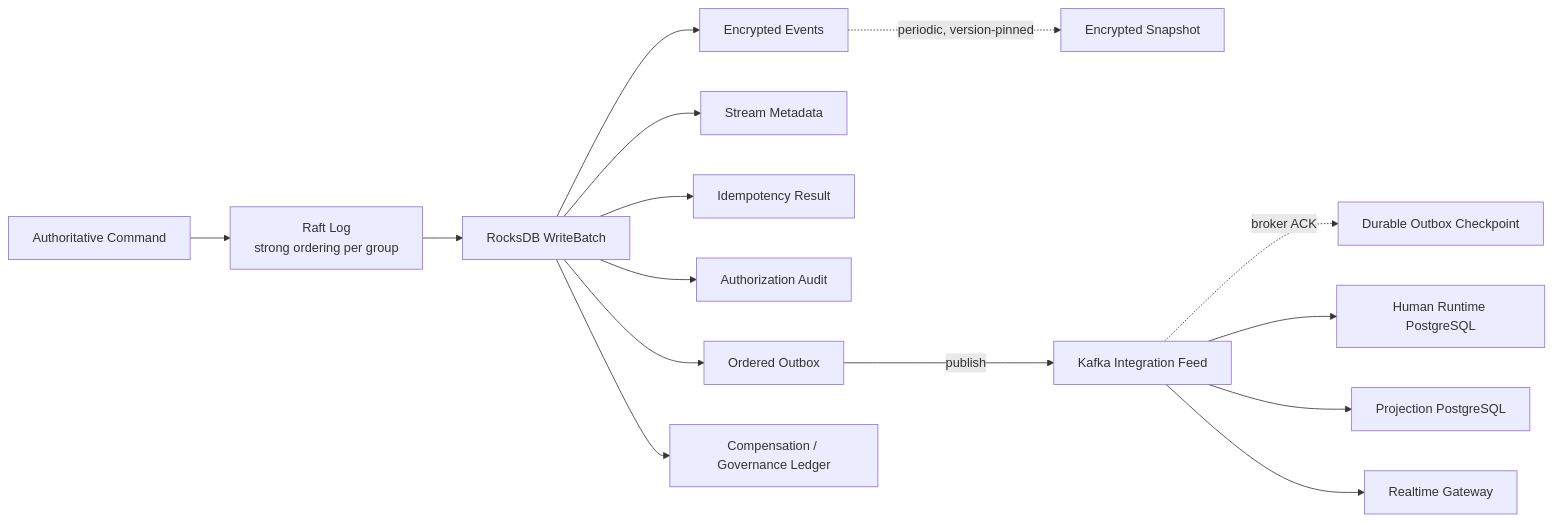
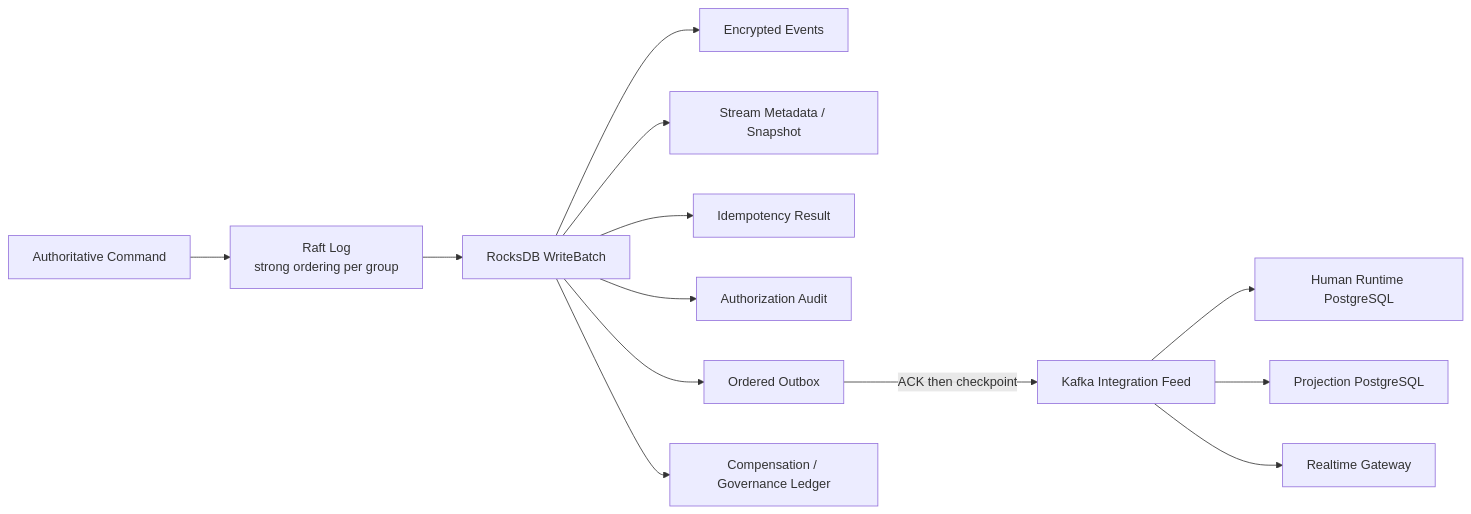
Before and after one commit to dangthobach/dangthobach.github.io: the sixth of 12 diagrams in quartz/content/BPMP-Platform/BPMP-Architecture-Technology-Deep-Dive.md, drawn with Mermaid. The commit also changed other lines of this file and 1 other file, not shown here.

````diff
--- a/quartz/content/BPMP-Platform/BPMP-Architecture-Technology-Deep-Dive.md
+++ b/quartz/content/BPMP-Platform/BPMP-Architecture-Technology-Deep-Dive.md
@@ -236,17 +249,15 @@
 ```mermaid
 flowchart LR
-    CMD["Authoritative Command"] --> RAFT["Raft Log\nstrong ordering per group"]
+    CMD["Authoritative Command"] --> RAFT["Raft Log<br/>strong ordering per group"]
     RAFT --> WB["RocksDB WriteBatch"]
     WB --> EV["Encrypted Events"]
-    WB --> STATE["Stream Metadata"]
+    WB --> STATE["Stream Metadata / Snapshot"]
     WB --> IDEM["Idempotency Result"]
     WB --> AUDIT["Authorization Audit"]
     WB --> OUTBOX["Ordered Outbox"]
     WB --> LEDGER["Compensation / Governance Ledger"]
-    EV -.->|"periodic, version-pinned"| SNAP["Encrypted Snapshot"]
-    OUTBOX -->|"publish"| BUS["Kafka Integration Feed"]
-    BUS -.->|"broker ACK"| CP["Durable Outbox Checkpoint"]
+    OUTBOX -->|"ACK then checkpoint"| BUS["Kafka Integration Feed"]
     BUS --> HRDB["Human Runtime PostgreSQL"]
     BUS --> QDB["Projection PostgreSQL"]
     BUS --> RT["Realtime Gateway"]
 ```
````
